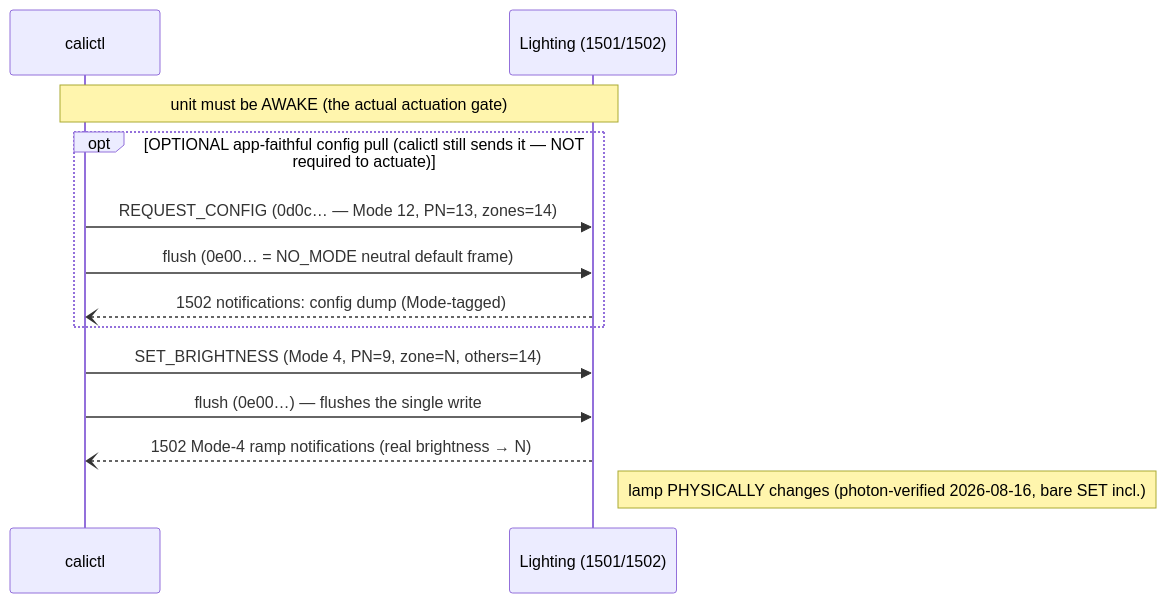
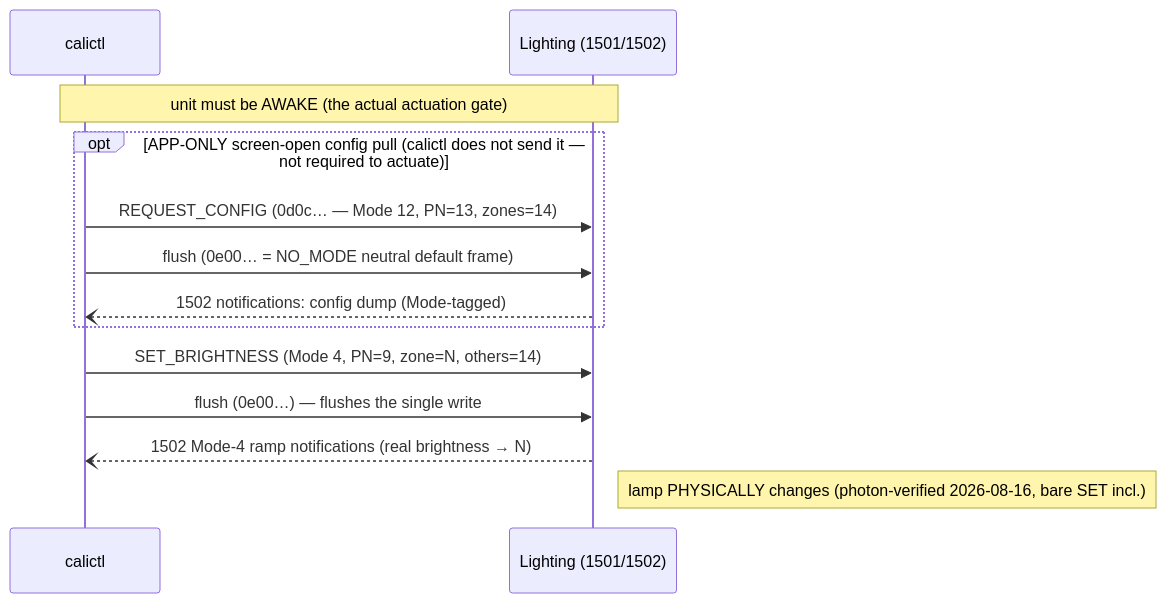
Before and after one commit to ckeller42/open-california: the fourth of 8 diagrams in docs/protocol-sequences.rst, drawn with Mermaid. The commit also changed other lines of this file and 12 other files, not shown here.

```diff
--- a/docs/protocol-sequences.rst
+++ b/docs/protocol-sequences.rst
@@ -154,15 +154,15 @@
 .. mermaid::
 
     sequenceDiagram
         participant C as calictl
         participant U as Lighting (1501/1502)
         Note over C,U: unit must be AWAKE (the actual actuation gate)
-        opt OPTIONAL app-faithful config pull (calictl still sends it — NOT required to actuate)
+        opt APP-ONLY screen-open config pull (calictl does not send it — not required to actuate)
             C->>U: REQUEST_CONFIG (0d0c… — Mode 12, PN=13, zones=14)
             C->>U: flush (0e00… = NO_MODE neutral default frame)
             U--)C: 1502 notifications: config dump (Mode-tagged)
         end
         C->>U: SET_BRIGHTNESS (Mode 4, PN=9, zone=N, others=14)
         C->>U: flush (0e00…) — flushes the single write
         U--)C: 1502 Mode-4 ramp notifications (real brightness → N)
         Note right of U: lamp PHYSICALLY changes (photon-verified 2026-08-16, bare SET incl.)
```
